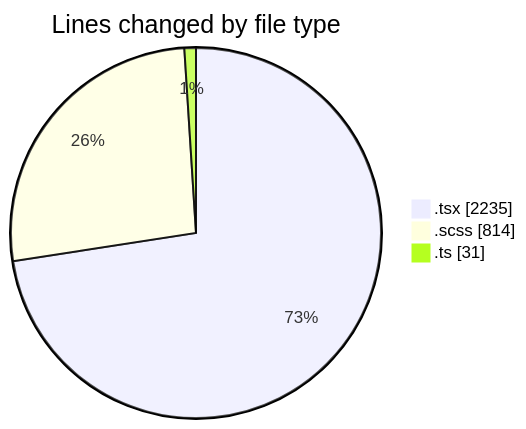
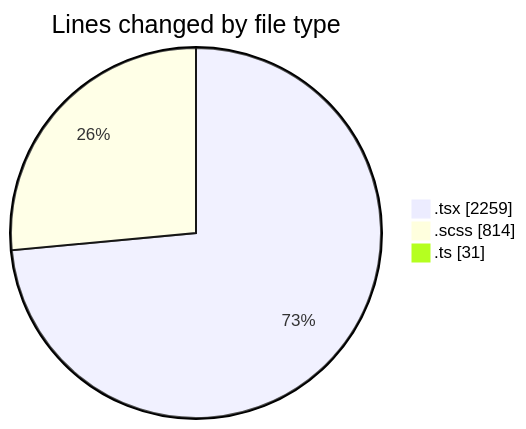
One commit to momahboobian/code-tracking changed the first of 2 diagrams in 2025-04-07/cda/README.md. Above: the diagram before and after it, drawn with Mermaid. The commit also changed other lines of this file and 1 other file, not shown here.

````diff
--- a/2025-04-07/cda/README.md
+++ b/2025-04-07/cda/README.md
@@ -32,7 +32,7 @@
 ```mermaid
 pie showData
 title Lines changed by file type
-".tsx" : 2235
+".tsx" : 2259
 ".scss" : 814
 ".ts" : 31
 ```
````
